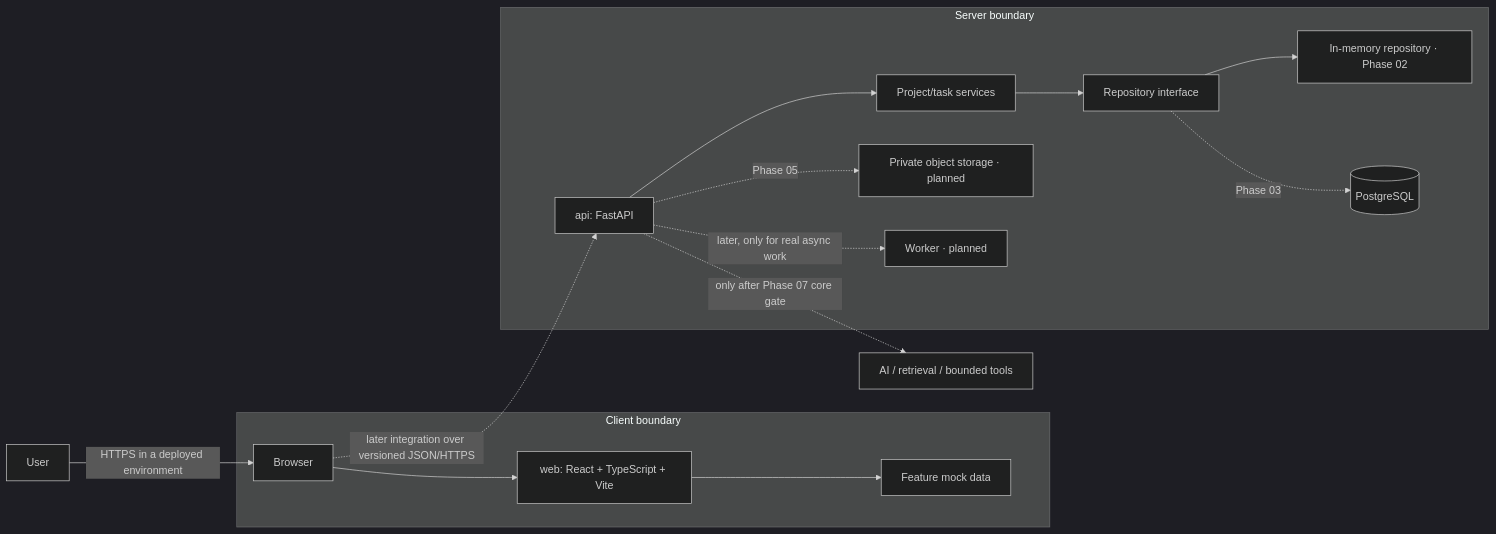
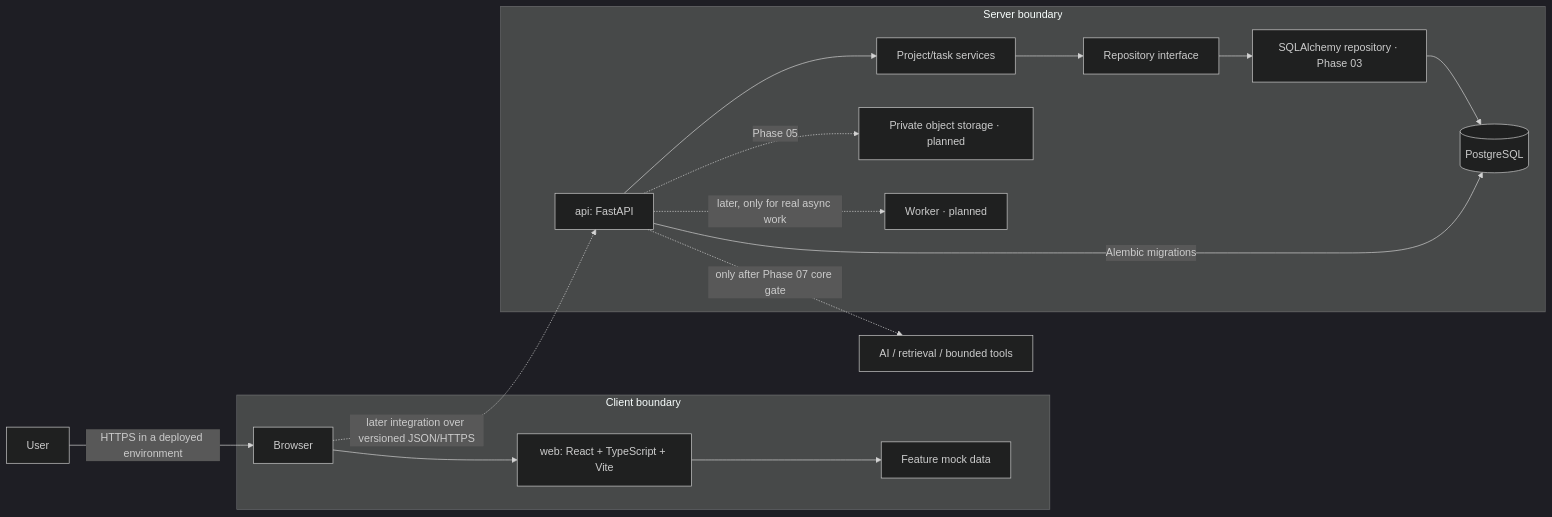
The diagram in docs/architecture.md (W4R10CK99/DeskOps), drawn with Mermaid (dark theme) before and after one commit. The commit also changed other lines of this file and 27 other files, not shown here.

````diff
--- a/docs/architecture.md
+++ b/docs/architecture.md
@@ -5,18 +5,19 @@
 ```mermaid
 flowchart LR
   U[User] -->|HTTPS in a deployed environment| B[Browser]
   subgraph Client boundary
     B --> W[web: React + TypeScript + Vite]
     W --> M[Feature mock data]
   end
   B -. later integration over versioned JSON/HTTPS .-> A[api: FastAPI]
   subgraph Server boundary
     A --> S[Project/task services]
     S --> R[Repository interface]
-    R --> MR[In-memory repository · Phase 02]
-    R -. Phase 03 .-> D[(PostgreSQL)]
+    R --> PR[SQLAlchemy repository · Phase 03]
+    PR --> D[(PostgreSQL)]
+    A -->|Alembic migrations| D
     A -. Phase 05 .-> O[Private object storage · planned]
     A -. later, only for real async work .-> Q[Worker · planned]
   end
   A -. only after Phase 07 core gate .-> AI[AI / retrieval / bounded tools]
 ```
````
